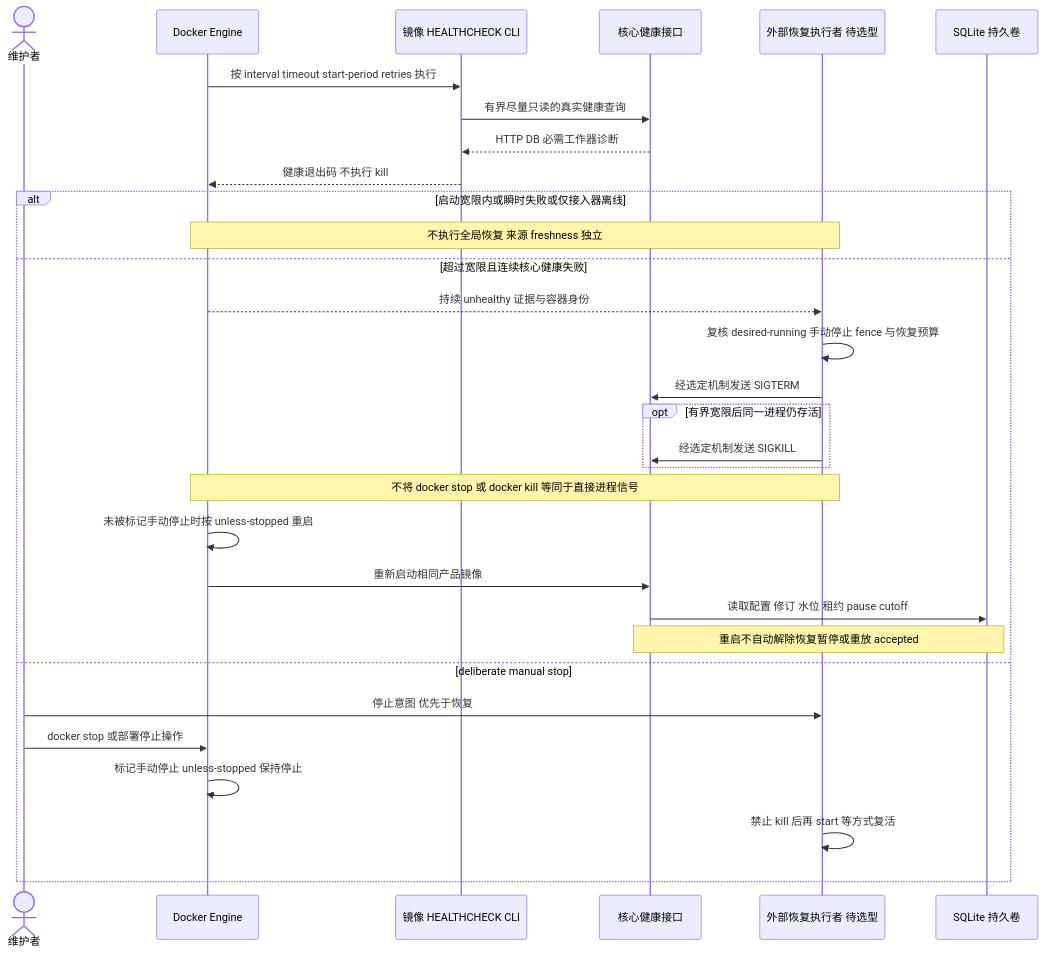
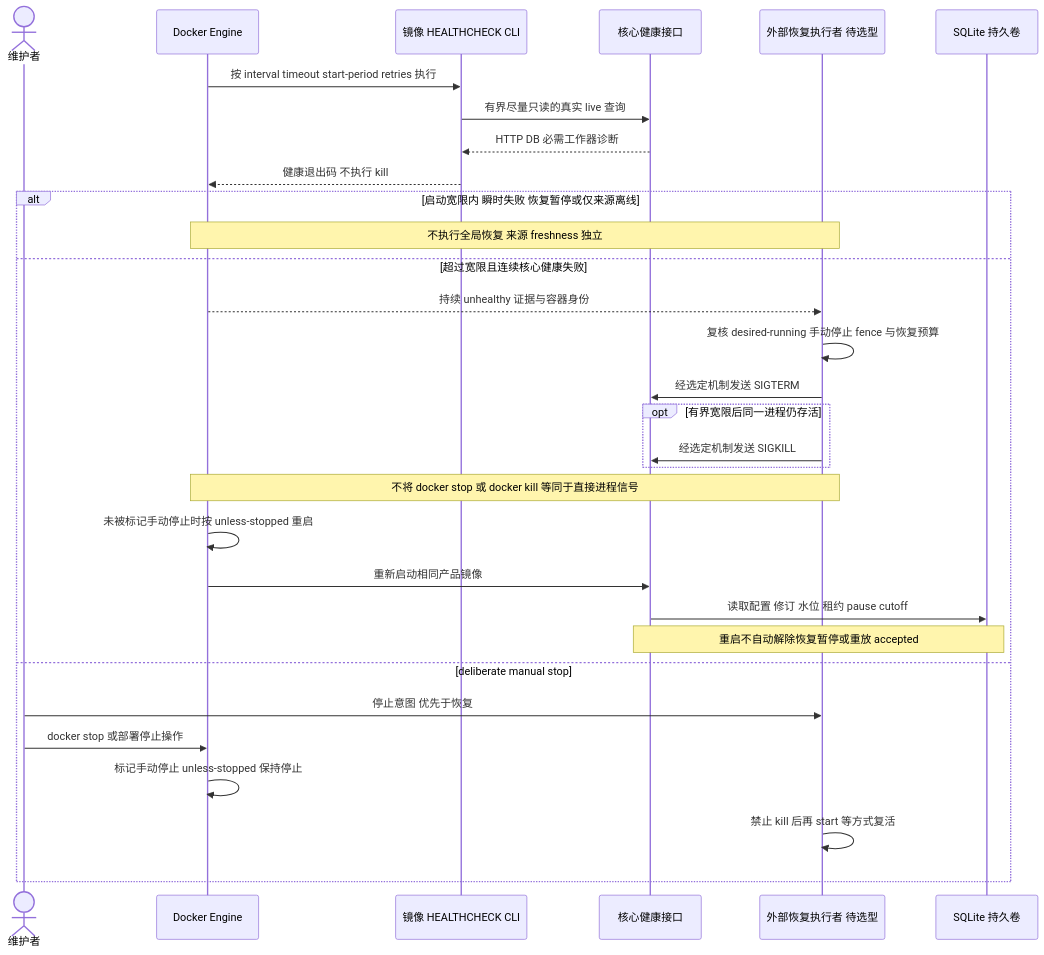
Before and after one commit to freesialuo/CalRelay: the fifth of 5 diagrams in docs/product-design.md, drawn with Mermaid. The commit also changed other lines of this file and 1 other file, not shown here.

Commit message:
docs(health): exclude readiness and restore pause from recovery triggers

````diff
--- a/docs/product-design.md
+++ b/docs/product-design.md
@@ -214,33 +214,33 @@
 ```mermaid
 sequenceDiagram
     actor M as 维护者
     participant E as Docker Engine
     participant H as 镜像 HEALTHCHECK CLI
     participant C as 核心健康接口
     participant R as 外部恢复执行者 待选型
     participant S as SQLite 持久卷
     E->>H: 按 interval timeout start-period retries 执行
-    H->>C: 有界尽量只读的真实健康查询
+    H->>C: 有界尽量只读的真实 live 查询
     C-->>H: HTTP DB 必需工作器诊断
     H-->>E: 健康退出码 不执行 kill
-    alt 启动宽限内或瞬时失败或仅接入器离线
+    alt 启动宽限内 瞬时失败 恢复暂停或仅来源离线
         Note over E,R: 不执行全局恢复 来源 freshness 独立
     else 超过宽限且连续核心健康失败
         E-->>R: 持续 unhealthy 证据与容器身份
         R->>R: 复核 desired-running 手动停止 fence 与恢复预算
         R->>C: 经选定机制发送 SIGTERM
         opt 有界宽限后同一进程仍存活
             R->>C: 经选定机制发送 SIGKILL
         end
         Note over R,E: 不将 docker stop 或 docker kill 等同于直接进程信号
         E->>E: 未被标记手动停止时按 unless-stopped 重启
         E->>C: 重新启动相同产品镜像
         C->>S: 读取配置 修订 水位 租约 pause cutoff
         Note over C,S: 重启不自动解除恢复暂停或重放 accepted
     else deliberate manual stop
         M->>R: 停止意图 优先于恢复
         M->>E: docker stop 或部署停止操作
         E->>E: 标记手动停止 unless-stopped 保持停止
         R->>R: 禁止 kill 后再 start 等方式复活
     end
 ```
````
